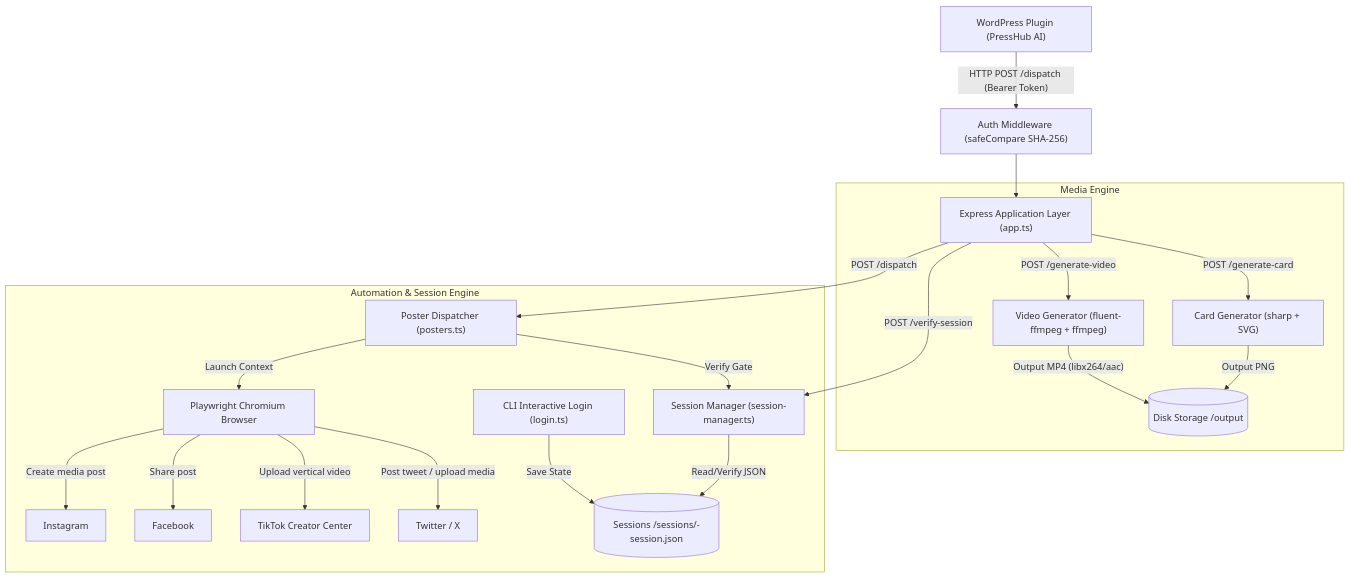
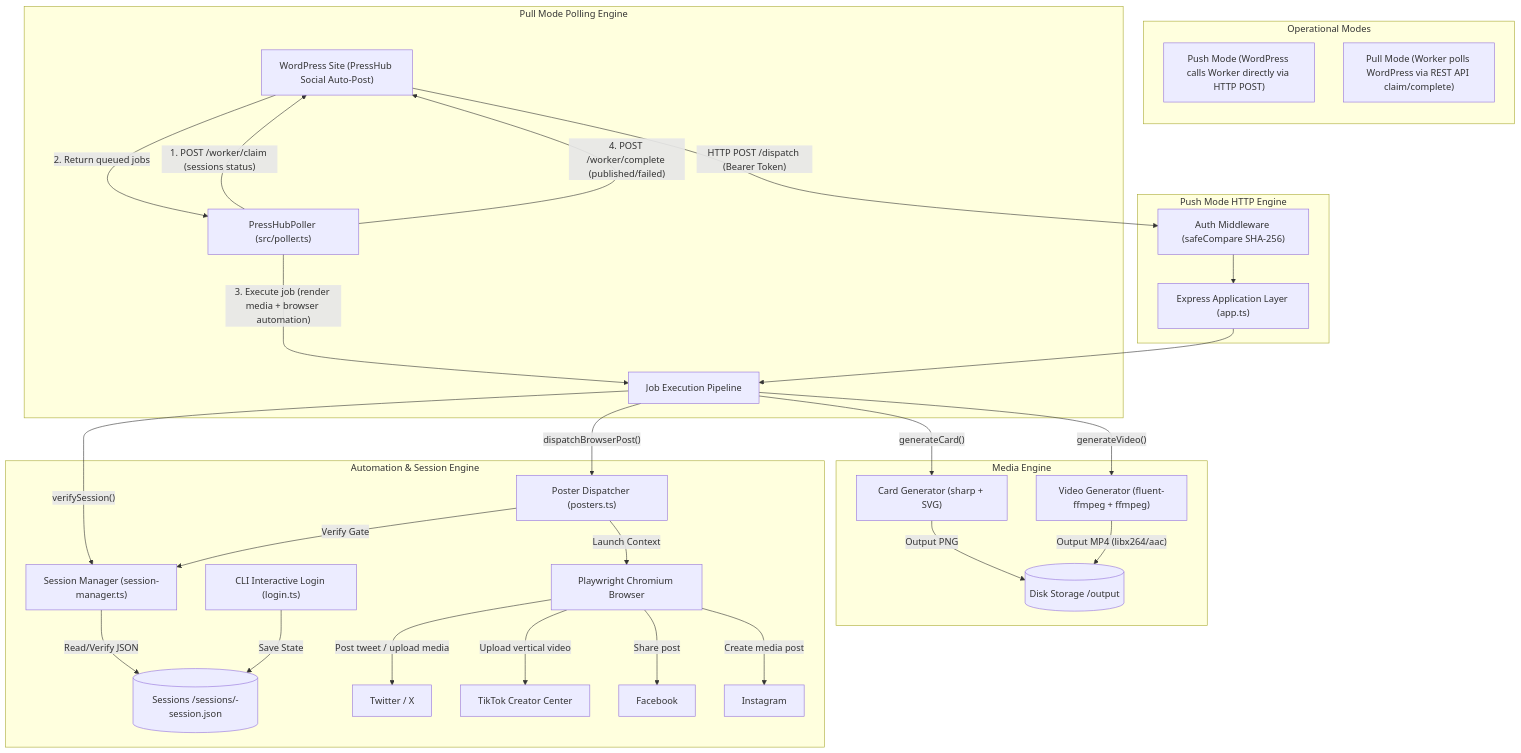
Before and after one commit to eeftychiou/presshub: the diagram in presshub-social-worker/architecture.md, drawn with Mermaid. The commit also changed other lines of this file and 25 other files, not shown here.

Commit message:
feat(social): add Pull Mode REST polling for local worker and .env config loader (v2.6.4)

````diff
--- a/presshub-social-worker/architecture.md
+++ b/presshub-social-worker/architecture.md
@@ -3,26 +3,45 @@
 ```mermaid
 flowchart TD
-    Client["WordPress Plugin (PressHub AI)"] -->|"HTTP POST /dispatch (Bearer Token)"| Auth["Auth Middleware (safeCompare SHA-256)"]
-    Auth --> App["Express Application Layer (app.ts)"]
+    subgraph Operational Modes
+        direction TB
+        PushMode["Push Mode (WordPress calls Worker directly via HTTP POST)"]
+        PullMode["Pull Mode (Worker polls WordPress via REST API claim/complete)"]
+    end
+
+    WP["WordPress Site (PressHub Social Auto-Post)"]
+
+    subgraph Pull Mode Polling Engine
+        Poller["PressHubPoller (src/poller.ts)"]
+        Poller -->|"1. POST /worker/claim (sessions status)"| WP
+        WP -->|"2. Return queued jobs"| Poller
+        Poller -->|"3. Execute job (render media + browser automation)"| Exec["Job Execution Pipeline"]
+        Poller -->|"4. POST /worker/complete (published/failed)"| WP
+    end
+
+    subgraph Push Mode HTTP Engine
+        WP -->|"HTTP POST /dispatch (Bearer Token)"| Auth["Auth Middleware (safeCompare SHA-256)"]
+        Auth --> App["Express Application Layer (app.ts)"]
+        App --> Exec
+    end
 
     subgraph Media Engine
-        App -->|"POST /generate-card"| CardGen["Card Generator (sharp + SVG)"]
-        App -->|"POST /generate-video"| VideoGen["Video Generator (fluent-ffmpeg + ffmpeg)"]
+        Exec -->|"generateCard()"| CardGen["Card Generator (sharp + SVG)"]
+        Exec -->|"generateVideo()"| VideoGen["Video Generator (fluent-ffmpeg + ffmpeg)"]
         CardGen -->|"Output PNG"| DiskStorage[("Disk Storage /output")]
         VideoGen -->|"Output MP4 (libx264/aac)"| DiskStorage
     end
 
     subgraph Automation & Session Engine
-        App -->|"POST /verify-session"| SessionMgr["Session Manager (session-manager.ts)"]
+        Exec -->|"verifySession()"| SessionMgr["Session Manager (session-manager.ts)"]
         SessionMgr -->|"Read/Verify JSON"| SessionsDir[("Sessions /sessions/<platform>-session.json")]
         CLI["CLI Interactive Login (login.ts)"] -->|"Save State"| SessionsDir
 
-        App -->|"POST /dispatch"| PosterDispatcher["Poster Dispatcher (posters.ts)"]
+        Exec -->|"dispatchBrowserPost()"| PosterDispatcher["Poster Dispatcher (posters.ts)"]
         PosterDispatcher -->|"Verify Gate"| SessionMgr
         PosterDispatcher -->|"Launch Context"| PlaywrightEngine["Playwright Chromium Browser"]
         PlaywrightEngine -->|"Post tweet / upload media"| Twitter["Twitter / X"]
         PlaywrightEngine -->|"Upload vertical video"| TikTok["TikTok Creator Center"]
         PlaywrightEngine -->|"Share post"| Facebook["Facebook"]
         PlaywrightEngine -->|"Create media post"| Instagram["Instagram"]
     end
 ```
````
